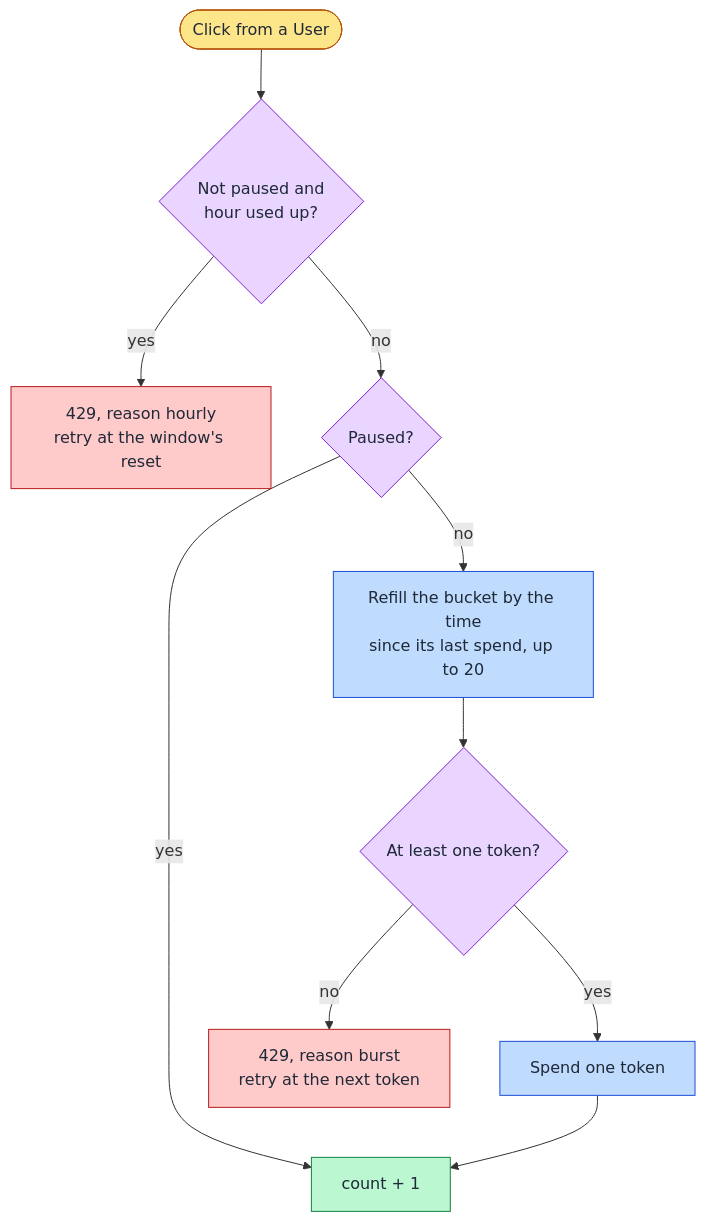
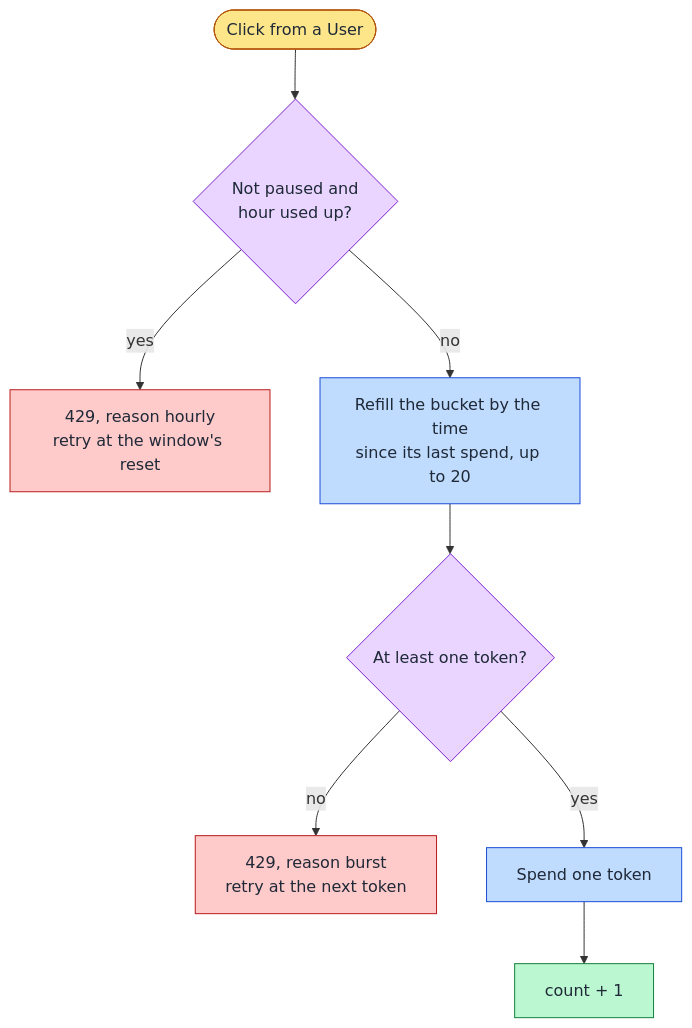
Before and after one commit to nitzanto/ratewatch: the diagram in apps/docs/src/content/docs/adrs/burst-limit.md, drawn with Mermaid. The commit also changed other lines of this file and 260 other files, not shown here.

````diff
--- a/apps/docs/src/content/docs/adrs/burst-limit.md
+++ b/apps/docs/src/content/docs/adrs/burst-limit.md
@@ -42,17 +42,15 @@
 ```mermaid
 flowchart TB
   start([Click from a User]):::person --> hourly{"Not paused and<br/>hour used up?"}:::decision
   hourly -- yes --> hourlyRefuse["429, reason hourly<br/>retry at the window's reset"]:::refused
-  hourly -- no --> paused{"Paused?"}:::decision
-  paused -- yes --> count
-  paused -- no --> refill["Refill the bucket by the time<br/>since its last spend, up to 20"]:::step
+  hourly -- no --> refill["Refill the bucket by the time<br/>since its last spend, up to 20"]:::step
   refill --> token{"At least one token?"}:::decision
   token -- no --> burstRefuse["429, reason burst<br/>retry at the next token"]:::refused
   token -- yes --> spend["Spend one token"]:::step --> count["count + 1"]:::allowed
 
   classDef person fill:#fde68a,stroke:#b45309,color:#1f2937
   classDef step fill:#bfdbfe,stroke:#1d4ed8,color:#1f2937
   classDef decision fill:#e9d5ff,stroke:#7e22ce,color:#1f2937
   classDef allowed fill:#bbf7d0,stroke:#15803d,color:#1f2937
   classDef refused fill:#fecaca,stroke:#b91c1c,color:#1f2937
 ```
````
